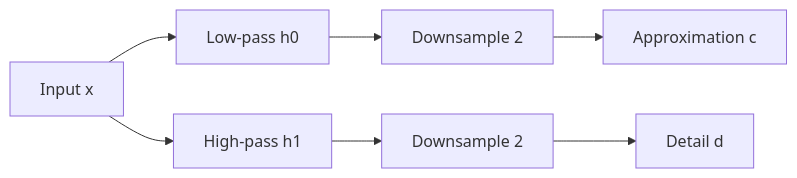
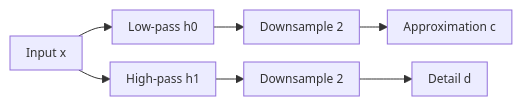
The ninth of 31 diagrams in First Year/Second Semester/Multimedia Communications/Summaries/Multimedia Communications - Complete Notes.md (alessandro-vulcu-code/ICT2025), drawn with Mermaid before and after one commit. The commit also changed other lines of this file and 582 other files, not shown here.

````diff
--- a/First Year/Second Semester/Multimedia Communications/Summaries/Multimedia Communications - Complete Notes.md
+++ b/First Year/Second Semester/Multimedia Communications/Summaries/Multimedia Communications - Complete Notes.md
@@ -3204,9 +3193,10 @@
 ```mermaid
+%%{init: {"flowchart": {"useMaxWidth": true, "htmlLabels": false, "nodeSpacing": 18, "rankSpacing": 28, "padding": 8}, "themeVariables": {"fontSize": "12px"}}}%%
 flowchart LR
-    X[Input x] --> LP[Low-pass h0]
-    X --> HP[High-pass h1]
-    LP --> D1[Downsample 2]
-    HP --> D2[Downsample 2]
-    D1 --> C[Approximation c]
-    D2 --> D[Detail d]
+    X["Input x"] --> LP["Low-pass h0"]
+    X --> HP["High-pass h1"]
+    LP --> D1["Downsample 2"]
+    HP --> D2["Downsample 2"]
+    D1 --> C["Approximation c"]
+    D2 --> D["Detail d"]
 ```
````
